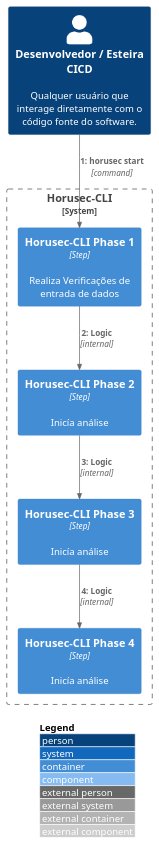
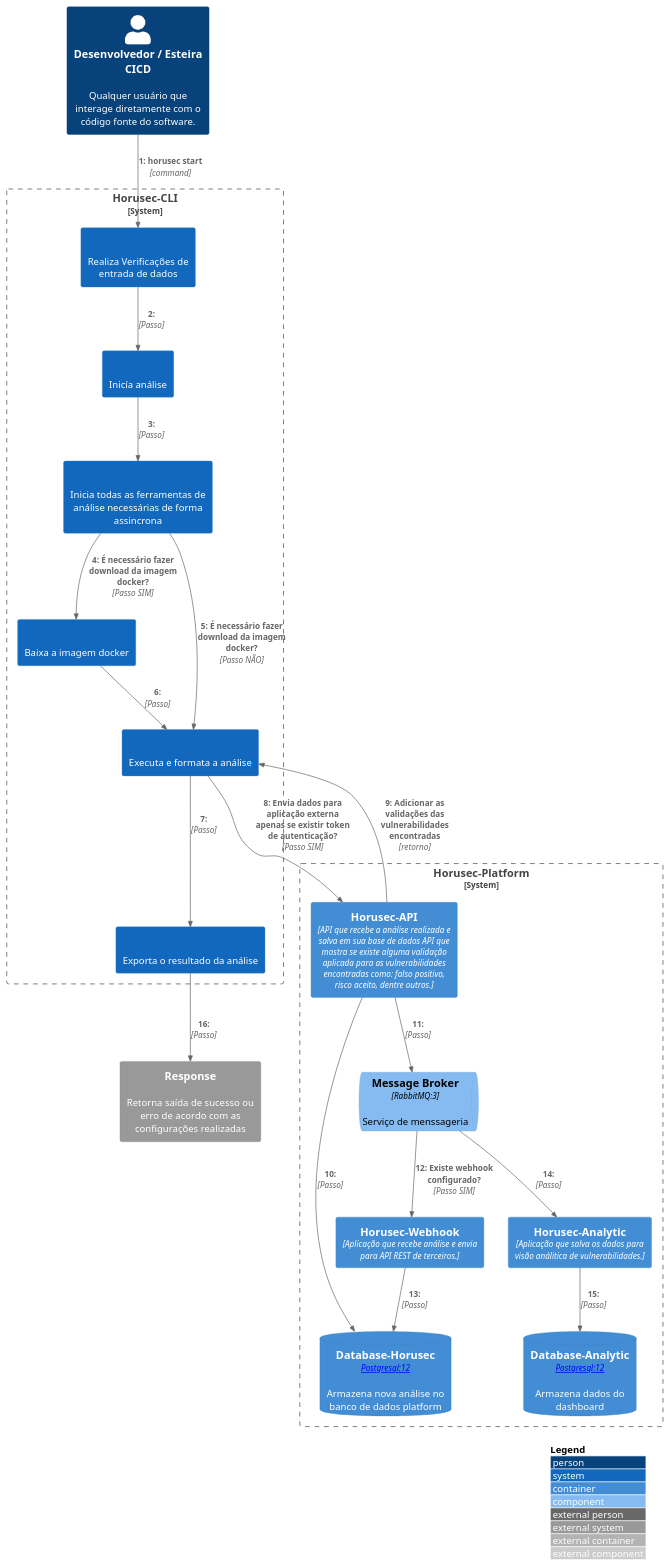
One commit to ZupIT/horusec-c4model changed the diagram in src/Horusec-CLI/C2-Model/c2.puml. Above: the diagram before and after it, drawn with PlantUML. The commit also changed 91 other files, not shown here.

```diff
--- a/src/Horusec-CLI/C2-Model/c2.puml
+++ b/src/Horusec-CLI/C2-Model/c2.puml
@@ -1,39 +1,51 @@
-@startuml
+@startuml horusec-cli-c2
 
 !include https://raw.githubusercontent.com/adrianvlupu/C4-PlantUML/latest/C4_Context.puml
 !include https://raw.githubusercontent.com/adrianvlupu/C4-PlantUML/latest/C4_Component.puml
 !include https://raw.githubusercontent.com/adrianvlupu/C4-PlantUML/latest/C4_Container.puml
 !include https://raw.githubusercontent.com/adrianvlupu/C4-PlantUML/latest/C4_Deployment.puml
 !include https://raw.githubusercontent.com/adrianvlupu/C4-PlantUML/latest/C4_Dynamic.puml
-' uncomment the following line and comment the first to use locally
-' !include C4_Container.puml
-
-' LAYOUT_TOP_DOWN()
-' LAYOUT_AS_SKETCH()
-
 LAYOUT_WITH_LEGEND()
 
 Person(user, "Desenvolvedor / Esteira CICD", "Qualquer usuário que interage diretamente com o código fonte do software.")
 
 System_Boundary(horusecCLI, "Horusec-CLI") {
-    Container(horusecCLIPhase1, "Horusec-CLI Phase 1", "Step", "Realiza Verificações de entrada de dados")
-    Container(horusecCLIPhase2, "Horusec-CLI Phase 2", "Step", "Inicía análise")
-    Container(horusecCLIPhase3, "Horusec-CLI Phase 3", "Step", "Inicía análise")
-    Container(horusecCLIPhase4, "Horusec-CLI Phase 4", "Step", "Inicía análise")
-    ' ContainerDb(database, "Database", "SQL Database", "Stores user registraion information, hased auth credentials, access logs, etc.")
+    System(horusecCLIPhase1, "", "Realiza Verificações de entrada de dados")
+    System(horusecCLIPhase2, "", "Inicía análise")
+    System(horusecCLIPhase3, "", "Inicia todas as ferramentas de análise necessárias de forma assincrona")
+    System(horusecCLIPhase4_1, "", "Baixa a imagem docker")
+    System(horusecCLIPhase4_2, "", "Executa e formata a análise")
+    System(horusecCLIPhase5, "", "Exporta o resultado da análise")
+}
+
+System_Ext(horusecResponse, "Response", "Retorna saída de sucesso ou erro de acordo com as configurações realizadas", "")
+
+System_Boundary(horusecPlatform, "Horusec-Platform") {
+    Container(horusecPlatformAPI, "Horusec-API", "API que recebe a análise realizada e salva em sua base de dados API que mostra se existe alguma validação aplicada para as vulnerabilidades encontradas como: falso positivo, risco aceito, dentre outros.")
+    ContainerDb(HorusecPlatformDatabase, "Database-Horusec", "[Container: Postgresql:12]", "Armazena nova análise no banco de dados platform")
+    ComponentQueue(horusecPlatformRabbitMQ, "Message Broker", "RabbitMQ:3", "Serviço de menssageria")
+    Container(horusecWebhook, "Horusec-Webhook", "Aplicação que recebe análise e envia para API REST de terceiros.")
+    Container(horusecAnalytic, "Horusec-Analytic", "Aplicação que salva os dados para visão análitica de vulnerabilidades.")
+    ContainerDb(HorusecAnalyticDatabase, "Database-Analytic", "[Container: Postgresql:12]", "Armazena dados do dashboard")
 }
 
 
 Rel(user, horusecCLIPhase1, "horusec start", "command")
-Rel(horusecCLIPhase1, horusecCLIPhase2, "Logic", "internal")
-Rel(horusecCLIPhase2, horusecCLIPhase3, "Logic", "internal")
-Rel(horusecCLIPhase3, horusecCLIPhase4, "Logic", "internal")
-' Rel(user, spa, "Uses", "HTTPS")
-' Rel(user, mobile_app, "Uses")
 
-' Rel_Neighbor(web_app, spa, "Delivers")
-' Rel(spa, backend_api, "Uses", "async, JSON/HTTPS")
-' Rel(mobile_app, backend_api, "Uses", "async, JSON/HTTPS")
-' Rel_Back_Neighbor(database, backend_api, "Reads from and writes to", "sync, JDBC")
+Rel(horusecCLIPhase1, horusecCLIPhase2, "", "Passo")
+Rel(horusecCLIPhase2, horusecCLIPhase3, "", "Passo")
+Rel(horusecCLIPhase3, horusecCLIPhase4_1, "É necessário fazer download da imagem docker?", "Passo SIM")
+Rel(horusecCLIPhase3, horusecCLIPhase4_2, "É necessário fazer download da imagem docker?", "Passo NÃO")
+Rel(horusecCLIPhase4_1, horusecCLIPhase4_2, "", "Passo")
+Rel(horusecCLIPhase4_2, horusecCLIPhase5, "", "Passo")
+Rel(horusecCLIPhase4_2, horusecPlatformAPI, "Envia dados para aplicação externa apenas se existir token de autenticação?", "Passo SIM")
+Rel(horusecPlatformAPI, horusecCLIPhase4_2, "Adicionar as validações das vulnerabilidades encontradas", "retorno")
+Rel(horusecPlatformAPI, HorusecPlatformDatabase, "", "Passo")
+Rel(horusecPlatformAPI, horusecPlatformRabbitMQ, "", "Passo")
+Rel(horusecPlatformRabbitMQ, horusecWebhook, "Existe webhook configurado?", "Passo SIM")
+Rel(horusecWebhook, HorusecPlatformDatabase, "", "Passo")
+Rel(horusecPlatformRabbitMQ, horusecAnalytic, "", "Passo")
+Rel(horusecAnalytic, HorusecAnalyticDatabase, "", "Passo")
+Rel(horusecCLIPhase5, horusecResponse, "", "Passo")
 
 @enduml
```
